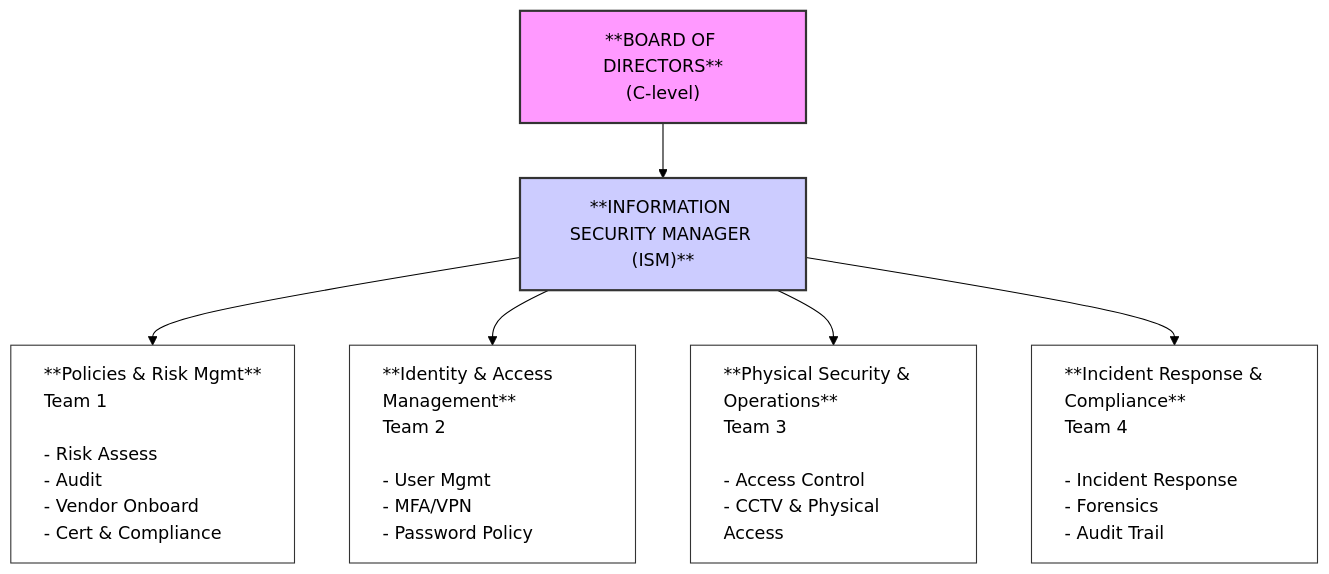
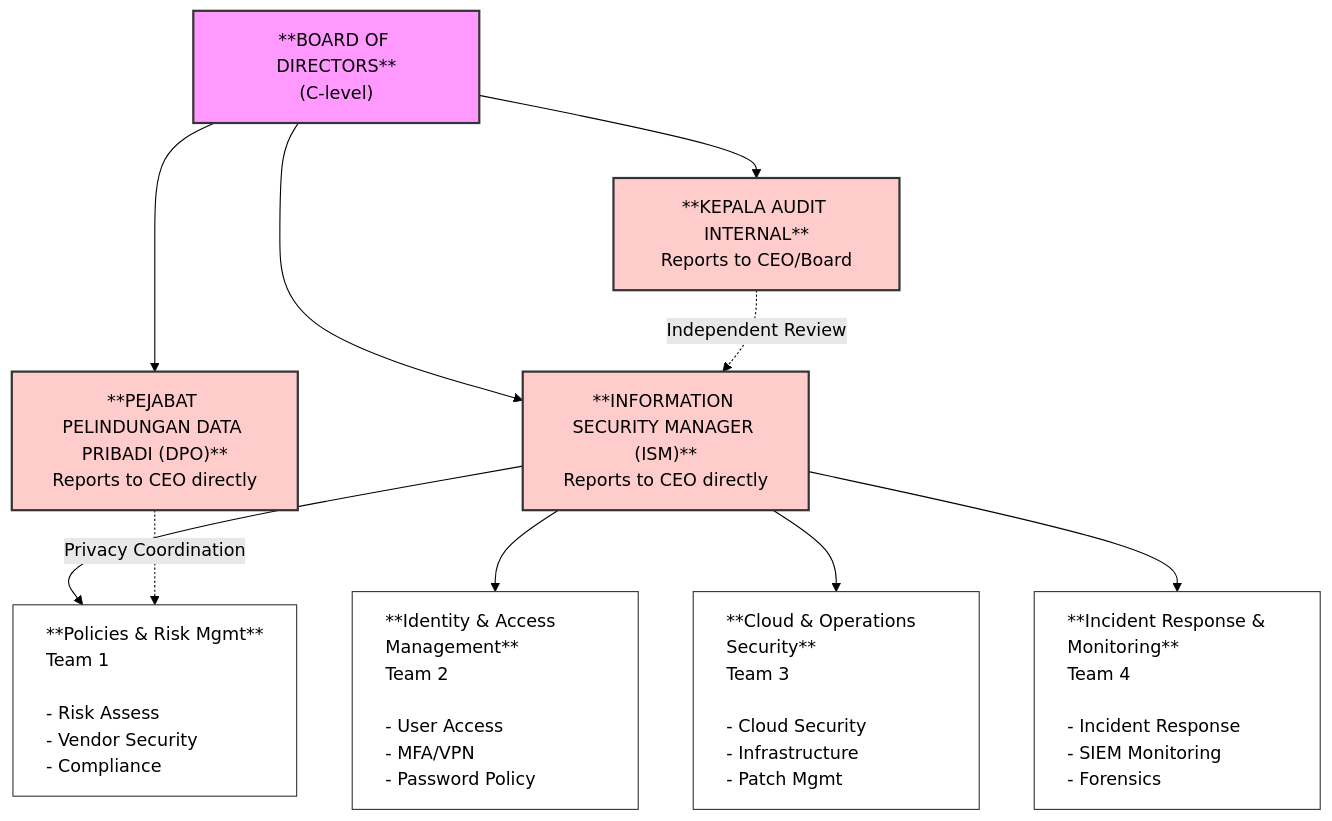
The first of 5 diagrams in GOV-POL-TK3I.md (herifauzan/iso27001-smki-docs), drawn with Mermaid (forest theme) before and after one commit. The commit also changed other lines of this file and 9 other files, not shown here.

````diff
--- a/GOV-POL-TK3I.md
+++ b/GOV-POL-TK3I.md
@@ -135,27 +156,33 @@
 ```mermaid
 graph TD
     %% Define Nodes
     BOD["**BOARD OF DIRECTORS**<br/>(C-level)"]
-    ISM["**INFORMATION SECURITY MANAGER (ISM)**"]
+    ISM["**INFORMATION SECURITY MANAGER (ISM)**<br/>Reports to CEO directly"]
+    IA["**KEPALA AUDIT INTERNAL**<br/>Reports to CEO/Board"]
+    DPO["**PEJABAT PELINDUNGAN DATA PRIBADI (DPO)**<br/>Reports to CEO directly"]
     
-    T1["**Policies & Risk Mgmt**<br/>Team 1<br/><br/>- Risk Assess<br/>- Audit<br/>- Vendor Onboard<br/>- Cert & Compliance"]
-    T2["**Identity & Access Management**<br/>Team 2<br/><br/>- User Mgmt<br/>- MFA/VPN<br/>- Password Policy"]
-    T3["**Physical Security & Operations**<br/>Team 3<br/><br/>- Access Control<br/>- CCTV & Physical Access"]
-    T4["**Incident Response & Compliance**<br/>Team 4<br/><br/>- Incident Response<br/>- Forensics<br/>- Audit Trail"]
+    T1["**Policies & Risk Mgmt**<br/>Team 1<br/><br/>- Risk Assess<br/>- Vendor Security<br/>- Compliance"]
+    T2["**Identity & Access Management**<br/>Team 2<br/><br/>- User Access<br/>- MFA/VPN<br/>- Password Policy"]
+    T3["**Cloud & Operations Security**<br/>Team 3<br/><br/>- Cloud Security<br/>- Infrastructure<br/>- Patch Mgmt"]
+    T4["**Incident Response & Monitoring**<br/>Team 4<br/><br/>- Incident Response<br/>- SIEM Monitoring<br/>- Forensics"]
 
     %% Define Connections
     BOD --> ISM
+    BOD --> IA
+    BOD --> DPO
     ISM --> T1
     ISM --> T2
     ISM --> T3
     ISM --> T4
+    IA -.->|Independent Review| ISM
+    DPO -.->|Privacy Coordination| T1
 
     %% Define Styling (Optional, to make it look nicer)
     classDef main fill:#f9f,stroke:#333,stroke-width:2px,color:black;
-    classDef manager fill:#ccf,stroke:#333,stroke-width:2px,color:black;
+    classDef governance fill:#fcc,stroke:#333,stroke-width:2px,color:black;
     classDef team fill:#fff,stroke:#333,stroke-width:1px,color:black,text-align:left;
 
     class BOD main;
-    class ISM manager;
+    class ISM,IA,DPO governance;
     class T1,T2,T3,T4 team;
 ```
````
